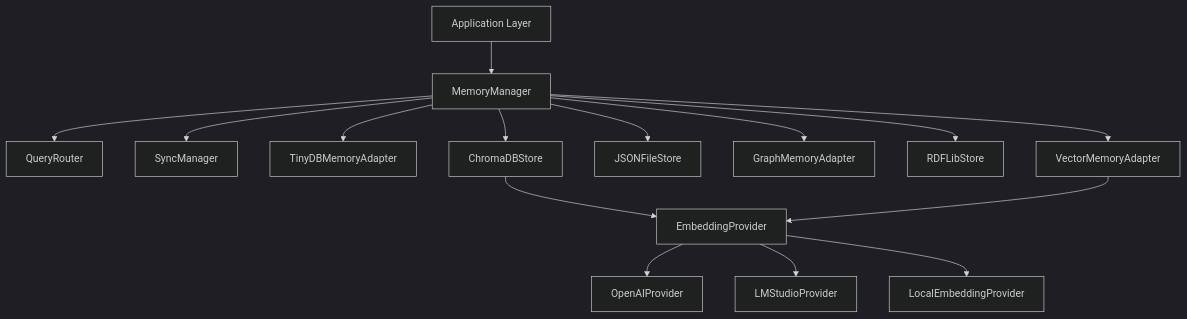
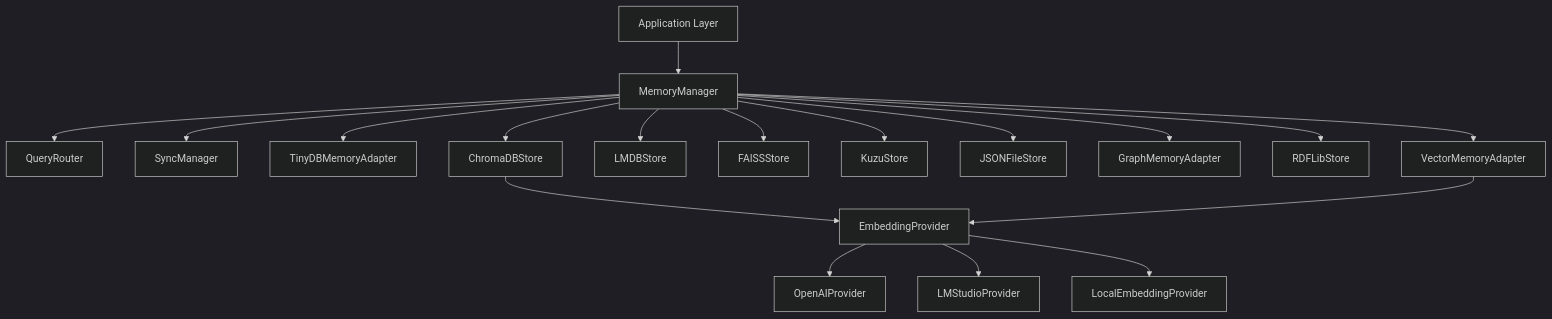
Before and after one commit to ravenoak/devsynth: the diagram in docs/architecture/memory_system.md, drawn with Mermaid (dark theme). The commit also changed other lines of this file and 3 other files, not shown here.

Commit message:
docs: update architecture status and diagrams

````diff
--- a/docs/architecture/memory_system.md
+++ b/docs/architecture/memory_system.md
@@ -42,18 +42,21 @@
 ```mermaid
 graph TD
     A[Application Layer] --> MM[MemoryManager]
     MM --> QR[QueryRouter]
     MM --> SY[SyncManager]
     MM --> TD[TinyDBMemoryAdapter]
     MM --> CH[ChromaDBStore]
+    MM --> LMDB[LMDBStore]
+    MM --> FAISS[FAISSStore]
+    MM --> KUZU[KuzuStore]
     MM --> JS[JSONFileStore]
     MM --> GR[GraphMemoryAdapter]
     MM --> RDF[RDFLibStore]
     MM --> VC[VectorMemoryAdapter]
 
     CH --> EMB[EmbeddingProvider]
     VC --> EMB
     EMB --> Open[OpenAIProvider]
     EMB --> LM[LMStudioProvider]
     EMB --> Local[LocalEmbeddingProvider]
 ```
````
